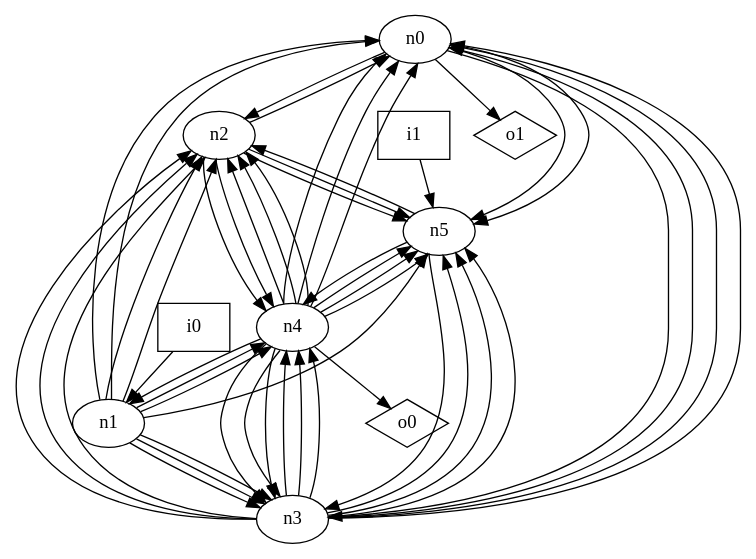
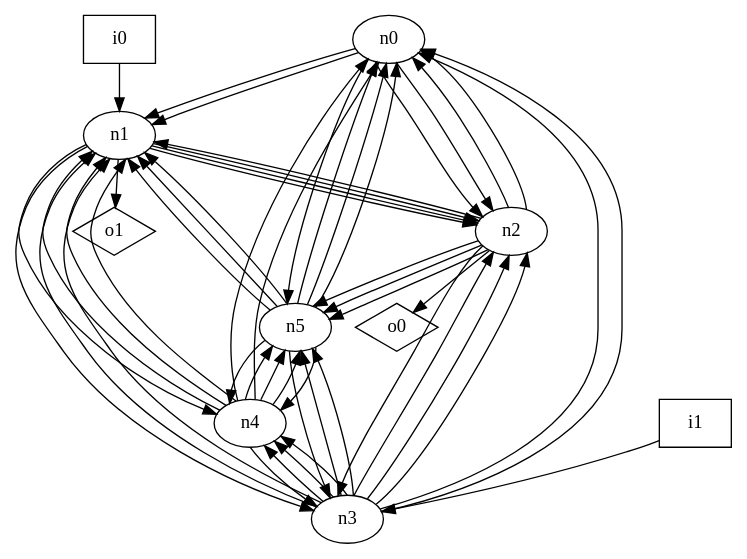
The diagram in dot_files/random/random_loop_free_graph.dot (p9romain/bool-circuits), drawn with Graphviz before and after one commit. The commit also changed 30 other files, not shown here.

```diff
--- a/dot_files/random/random_loop_free_graph.dot
+++ b/dot_files/random/random_loop_free_graph.dot
@@ -1,63 +1,63 @@
 digraph G {
 n0 [label="n0"];
 n1 [label="n1"];
 n2 [label="n2"];
 n3 [label="n3"];
 n4 [label="n4"];
 n5 [label="n5"];
 n6 [label="i0",shape="box"];
 n7 [label="i1",shape="box"];
 n8 [label="o0",shape="diamond"];
 n9 [label="o1",shape="diamond"];
+n0 -> n1
+n0 -> n1
 n0 -> n2
-n0 -> n3
+n0 -> n2
 n0 -> n5
-n0 -> n5
-n0 -> n9
-n1 -> n0
-n1 -> n0
+n1 -> n2
 n1 -> n2
 n1 -> n2
 n1 -> n3
-n1 -> n3
-n1 -> n3
 n1 -> n4
-n1 -> n4
-n1 -> n5
+n1 -> n9
 n2 -> n0
-n2 -> n4
-n2 -> n4
+n2 -> n0
+n2 -> n1
+n2 -> n3
 n2 -> n5
 n2 -> n5
+n2 -> n5
+n2 -> n8
 n3 -> n0
 n3 -> n0
-n3 -> n0
+n3 -> n1
+n3 -> n1
 n3 -> n2
 n3 -> n2
 n3 -> n2
 n3 -> n4
 n3 -> n4
 n3 -> n4
 n3 -> n5
 n3 -> n5
-n3 -> n5
-n4 -> n0
 n4 -> n0
 n4 -> n0
 n4 -> n1
-n4 -> n2
-n4 -> n2
-n4 -> n2
-n4 -> n3
-n4 -> n3
+n4 -> n1
+n4 -> n1
 n4 -> n3
 n4 -> n5
 n4 -> n5
 n4 -> n5
-n4 -> n8
-n5 -> n2
+n5 -> n0
+n5 -> n0
+n5 -> n0
+n5 -> n1
+n5 -> n1
+n5 -> n1
 n5 -> n3
 n5 -> n4
+n5 -> n4
 n6 -> n1
-n7 -> n5
+n7 -> n3
 }
```
